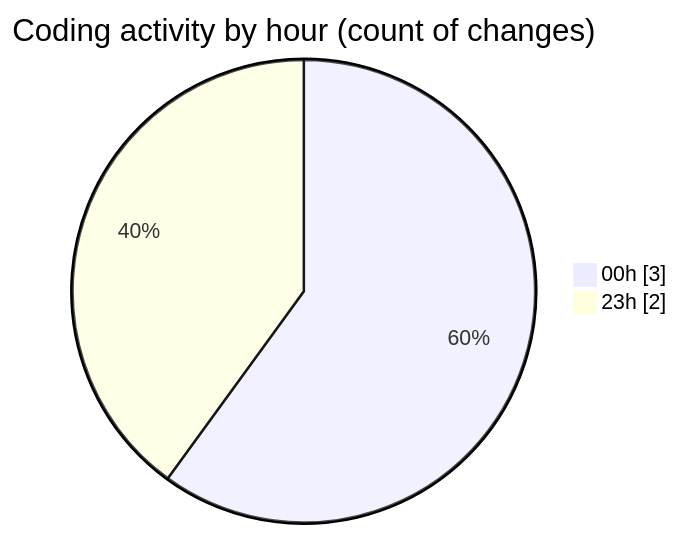
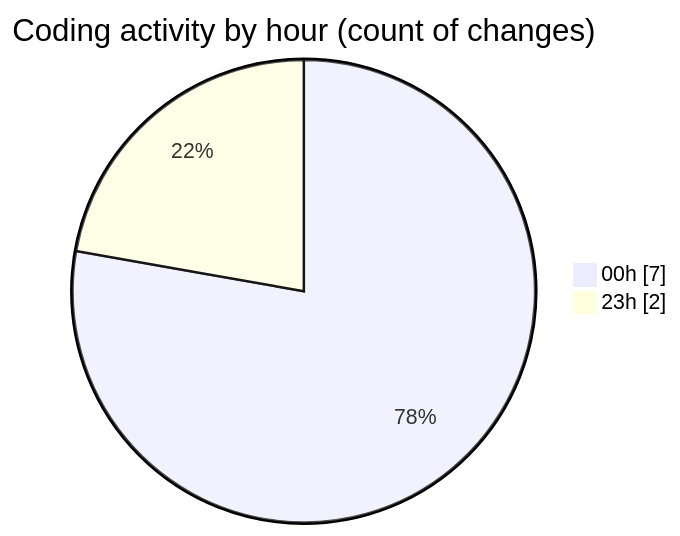
One commit to momahboobian/code-tracking changed the second of 2 diagrams in 2025-01-15/github-activity-tracker/README.md. Above: the diagram before and after it, drawn with Mermaid. The commit also changed other lines of this file and 1 other file, not shown here.

````diff
--- a/2025-01-15/github-activity-tracker/README.md
+++ b/2025-01-15/github-activity-tracker/README.md
@@ -31,6 +32,6 @@
 ```mermaid
 pie showData
 title Coding activity by hour (count of changes)
-"00h" : 3
+"00h" : 7
 "23h" : 2
 ```
````
